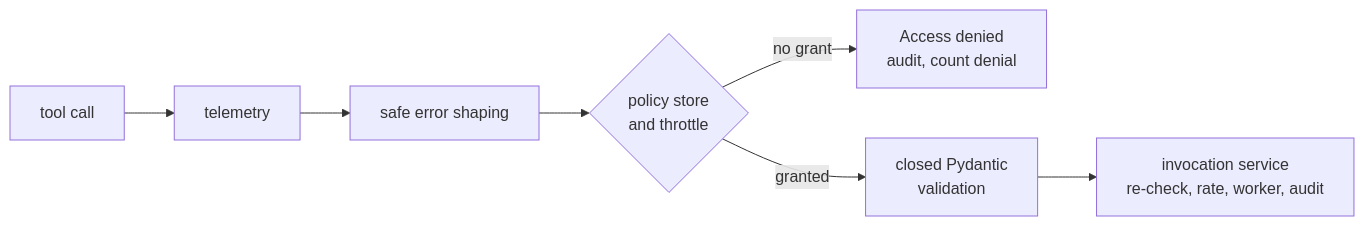
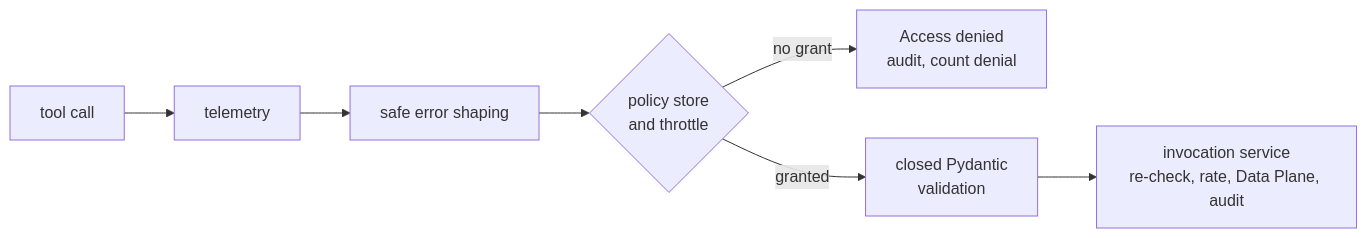
The third of 5 diagrams in docs/explanation/architecture.md (SiddarthaKoppaka/stram_quant_mcp), drawn with Mermaid before and after one commit. The commit also changed other lines of this file and 9 other files, not shown here.

First line of the commit message:
docs: describe the HTTP Data Plane gateway and error model

````diff
--- a/docs/explanation/architecture.md
+++ b/docs/explanation/architecture.md
@@ -86,9 +103,9 @@
 ```mermaid
 flowchart LR
     R[tool call] --> T[telemetry]
     T --> E[safe error shaping]
     E --> A{policy store<br/>and throttle}
     A -->|no grant| D[Access denied<br/>audit, count denial]
     A -->|granted| V[closed Pydantic<br/>validation]
-    V --> I[invocation service<br/>re-check, rate, worker, audit]
+    V --> I[invocation service<br/>re-check, rate, Data Plane, audit]
 ```
````
